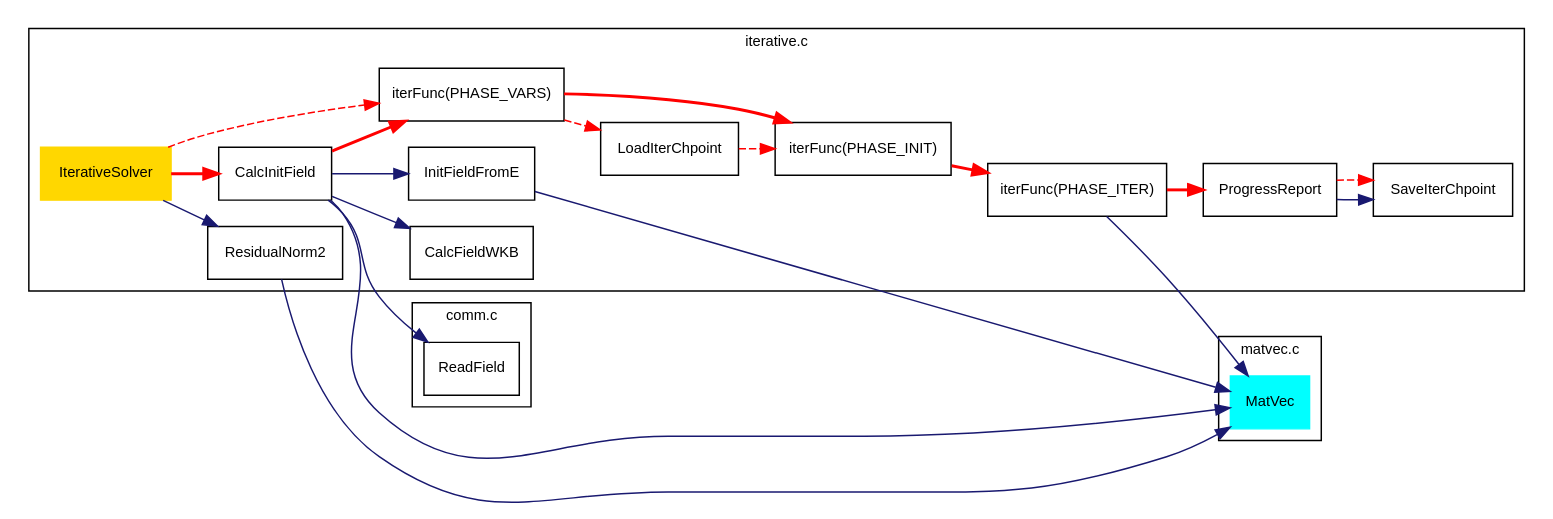
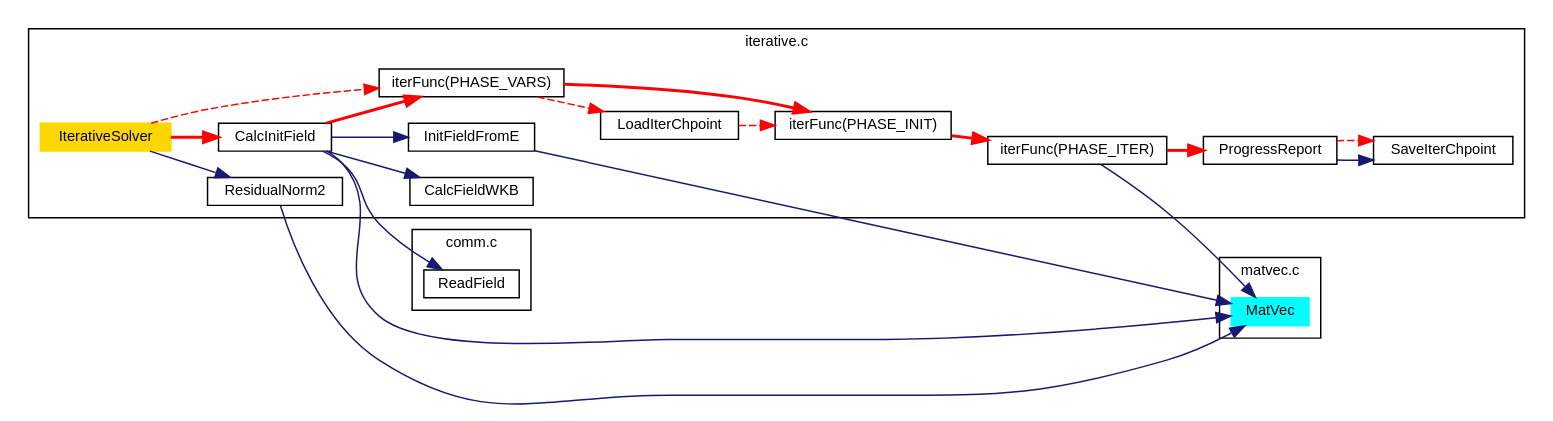
Before and after one commit to adda-team/adda: the diagram in doc/gv/iter.gv, drawn with Graphviz. The commit also changed 6 other files, not shown here.

```diff
--- a/doc/gv/iter.gv
+++ b/doc/gv/iter.gv
@@ -1,40 +1,40 @@
 digraph iter
 {
 	rankdir=LR
 	edge [color=midnightblue]
-	node [fontname=Helvetica,fontsize=10,shape=box];
+	node [fontname=Helvetica,fontsize=10,shape=box,height=0.2,width=0.4]
 	fontname=Helvetica
 	fontsize=10
 	ranksep=.35
 	
 	subgraph cluster_iter {
 		IterativeSolver [style=filled,color=gold]
 		CalcInitField -> InitFieldFromE
 		CalcInitField -> CalcFieldWKB
 		LoadIterChpoint
 		"iterFunc(PHASE_VARS)"
 		"iterFunc(PHASE_INIT)"
 		"iterFunc(PHASE_ITER)"
 		ProgressReport -> SaveIterChpoint
 		IterativeSolver -> ResidualNorm2
 		label = "iterative.c";
 	}
 	subgraph cluster_comm {
 		ReadField
 		label = "comm.c";
 	}
 	subgraph cluster_matvec {
 		MatVec [style=filled,color=cyan]
 		label = "matvec.c";
 	}
 	
 	IterativeSolver -> CalcInitField -> "iterFunc(PHASE_VARS)" -> "iterFunc(PHASE_INIT)" -> "iterFunc(PHASE_ITER)" -> ProgressReport [color=red,style=bold]
 	IterativeSolver -> "iterFunc(PHASE_VARS)" -> LoadIterChpoint -> "iterFunc(PHASE_INIT)" [color=red,style=dashed]
 	ProgressReport -> SaveIterChpoint [color=red,style=dashed]
 	
 	CalcInitField -> ReadField
 	CalcInitField -> MatVec
 	InitFieldFromE -> MatVec
 	ResidualNorm2 -> MatVec
 	"iterFunc(PHASE_ITER)" -> MatVec
 }
```
